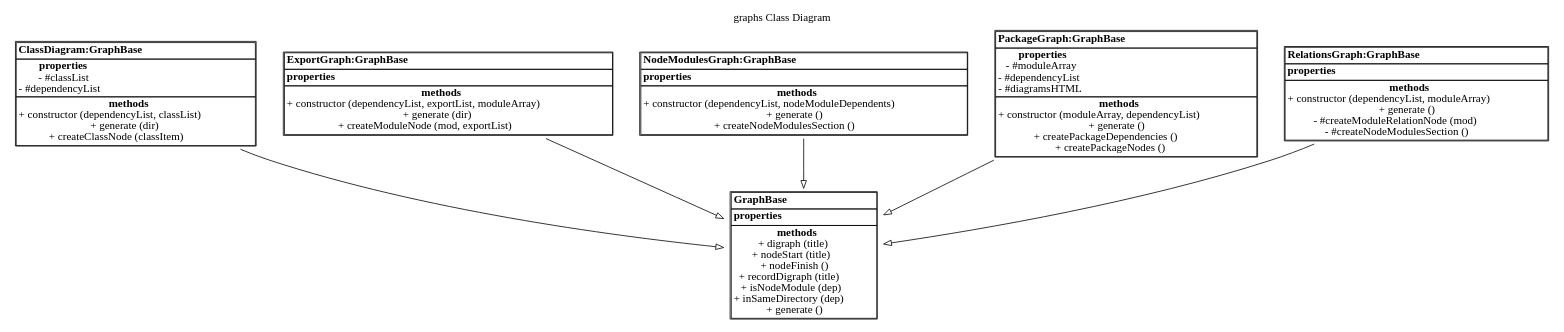
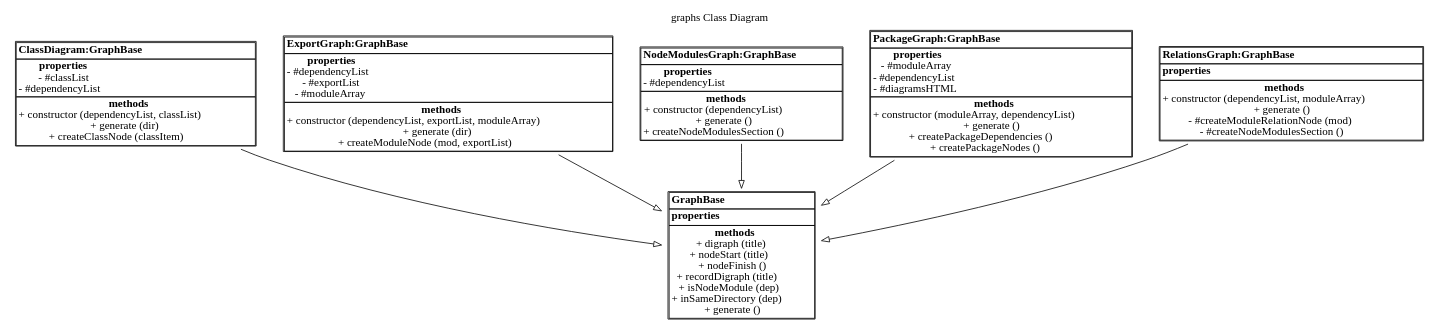
Before and after one commit to fleebe/dep-graph: the diagram in docs/graphs/ClassDiagram.dot, drawn with Graphviz. The commit also changed 38 other files, not shown here.

Commit message:
Added Node module dependencies.

```diff
--- a/docs/graphs/ClassDiagram.dot
+++ b/docs/graphs/ClassDiagram.dot
@@ -1,85 +1,89 @@
 digraph {label="graphs Class Diagram";
 labelloc="t";
-"ClassDiagram"[shape = none, label =<<TABLE cellspacing="0" cellborder="1" align="left">
+"ClassDiagram" [shape = none, label =<<TABLE cellspacing="0" cellborder="1" align="left">
 <TR><TD align="left"><B>ClassDiagram:GraphBase</B></TD></TR>
 <TR><TD align="left"><B>properties</B><BR/>
 - #classList<BR/>
 - #dependencyList<BR/>
 </TD></TR>
 <TR><TD align="left"><B>methods</B><BR/>
 + constructor (dependencyList, classList)<BR/>
 + generate (dir)<BR/>
 + createClassNode (classItem)<BR/>
 </TD></TR>
 </TABLE>>];
 "ClassDiagram"->"GraphBase" [arrowhead=empty];
 
-"ExportGraph"[shape = none, label =<<TABLE cellspacing="0" cellborder="1" align="left">
+"ExportGraph" [shape = none, label =<<TABLE cellspacing="0" cellborder="1" align="left">
 <TR><TD align="left"><B>ExportGraph:GraphBase</B></TD></TR>
 <TR><TD align="left"><B>properties</B><BR/>
+- #dependencyList<BR/>
+- #exportList<BR/>
+- #moduleArray<BR/>
 </TD></TR>
 <TR><TD align="left"><B>methods</B><BR/>
 + constructor (dependencyList, exportList, moduleArray)<BR/>
 + generate (dir)<BR/>
 + createModuleNode (mod, exportList)<BR/>
 </TD></TR>
 </TABLE>>];
 "ExportGraph"->"GraphBase" [arrowhead=empty];
 
-"GraphBase"[shape = none, label =<<TABLE cellspacing="0" cellborder="1" align="left">
+"GraphBase" [shape = none, label =<<TABLE cellspacing="0" cellborder="1" align="left">
 <TR><TD align="left"><B>GraphBase</B></TD></TR>
 <TR><TD align="left"><B>properties</B><BR/>
 </TD></TR>
 <TR><TD align="left"><B>methods</B><BR/>
 + digraph (title)<BR/>
 + nodeStart (title)<BR/>
 + nodeFinish ()<BR/>
 + recordDigraph (title)<BR/>
 + isNodeModule (dep)<BR/>
 + inSameDirectory (dep)<BR/>
 + generate ()<BR/>
 </TD></TR>
 </TABLE>>];
 
-"NodeModulesGraph"[shape = none, label =<<TABLE cellspacing="0" cellborder="1" align="left">
+"NodeModulesGraph" [shape = none, label =<<TABLE cellspacing="0" cellborder="1" align="left">
 <TR><TD align="left"><B>NodeModulesGraph:GraphBase</B></TD></TR>
 <TR><TD align="left"><B>properties</B><BR/>
+- #dependencyList<BR/>
 </TD></TR>
 <TR><TD align="left"><B>methods</B><BR/>
-+ constructor (dependencyList, nodeModuleDependents)<BR/>
++ constructor (dependencyList)<BR/>
 + generate ()<BR/>
 + createNodeModulesSection ()<BR/>
 </TD></TR>
 </TABLE>>];
 "NodeModulesGraph"->"GraphBase" [arrowhead=empty];
 
-"PackageGraph"[shape = none, label =<<TABLE cellspacing="0" cellborder="1" align="left">
+"PackageGraph" [shape = none, label =<<TABLE cellspacing="0" cellborder="1" align="left">
 <TR><TD align="left"><B>PackageGraph:GraphBase</B></TD></TR>
 <TR><TD align="left"><B>properties</B><BR/>
 - #moduleArray<BR/>
 - #dependencyList<BR/>
 - #diagramsHTML<BR/>
 </TD></TR>
 <TR><TD align="left"><B>methods</B><BR/>
 + constructor (moduleArray, dependencyList)<BR/>
 + generate ()<BR/>
 + createPackageDependencies ()<BR/>
 + createPackageNodes ()<BR/>
 </TD></TR>
 </TABLE>>];
 "PackageGraph"->"GraphBase" [arrowhead=empty];
 
-"RelationsGraph"[shape = none, label =<<TABLE cellspacing="0" cellborder="1" align="left">
+"RelationsGraph" [shape = none, label =<<TABLE cellspacing="0" cellborder="1" align="left">
 <TR><TD align="left"><B>RelationsGraph:GraphBase</B></TD></TR>
 <TR><TD align="left"><B>properties</B><BR/>
 </TD></TR>
 <TR><TD align="left"><B>methods</B><BR/>
 + constructor (dependencyList, moduleArray)<BR/>
 + generate ()<BR/>
 - #createModuleRelationNode (mod)<BR/>
 - #createNodeModulesSection ()<BR/>
 </TD></TR>
 </TABLE>>];
 "RelationsGraph"->"GraphBase" [arrowhead=empty];
 
 }
```
